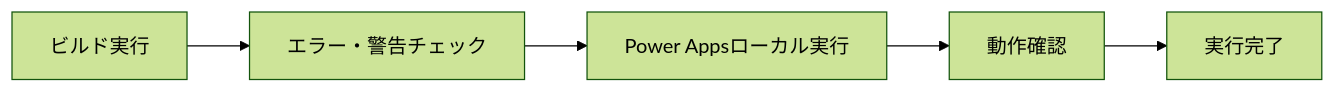
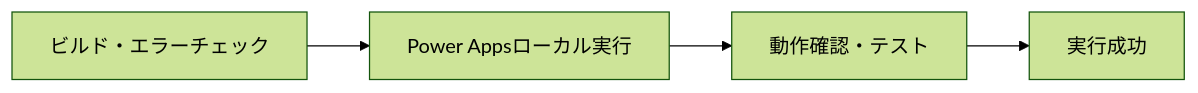
One commit to PLUG365/DecisionFlow changed the fifth of 12 diagrams in README.md. Above: the diagram before and after it, drawn with Mermaid (forest theme). The commit also changed other lines of this file, not shown here.

````diff
--- a/README.md
+++ b/README.md
@@ -64,7 +233,6 @@
 ```mermaid
 graph LR
-    A[ビルド実行] --> B[エラー・警告チェック]
-    B --> C[Power Appsローカル実行]
-    C --> D[動作確認]
-    D --> E[実行完了]
+    A[ビルド・エラーチェック] --> B[Power Appsローカル実行]
+    B --> C[動作確認・テスト]
+    C --> D[実行成功]
 ```
````
